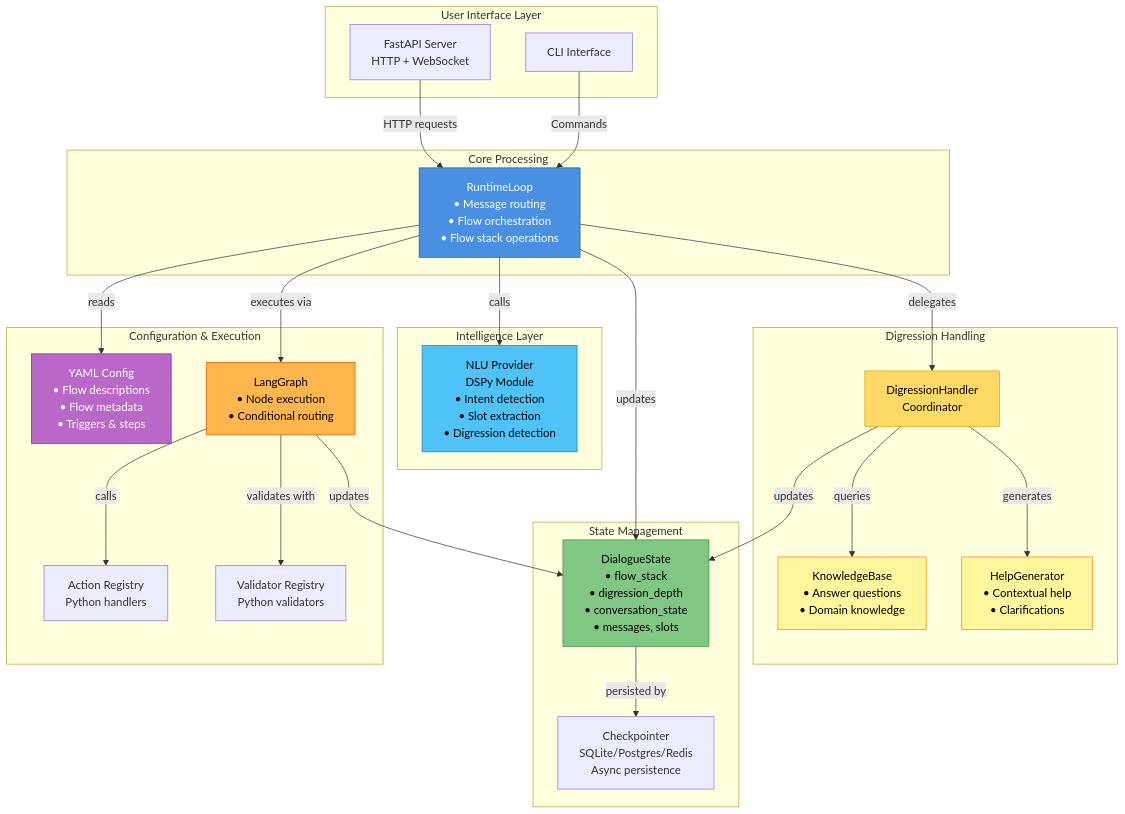
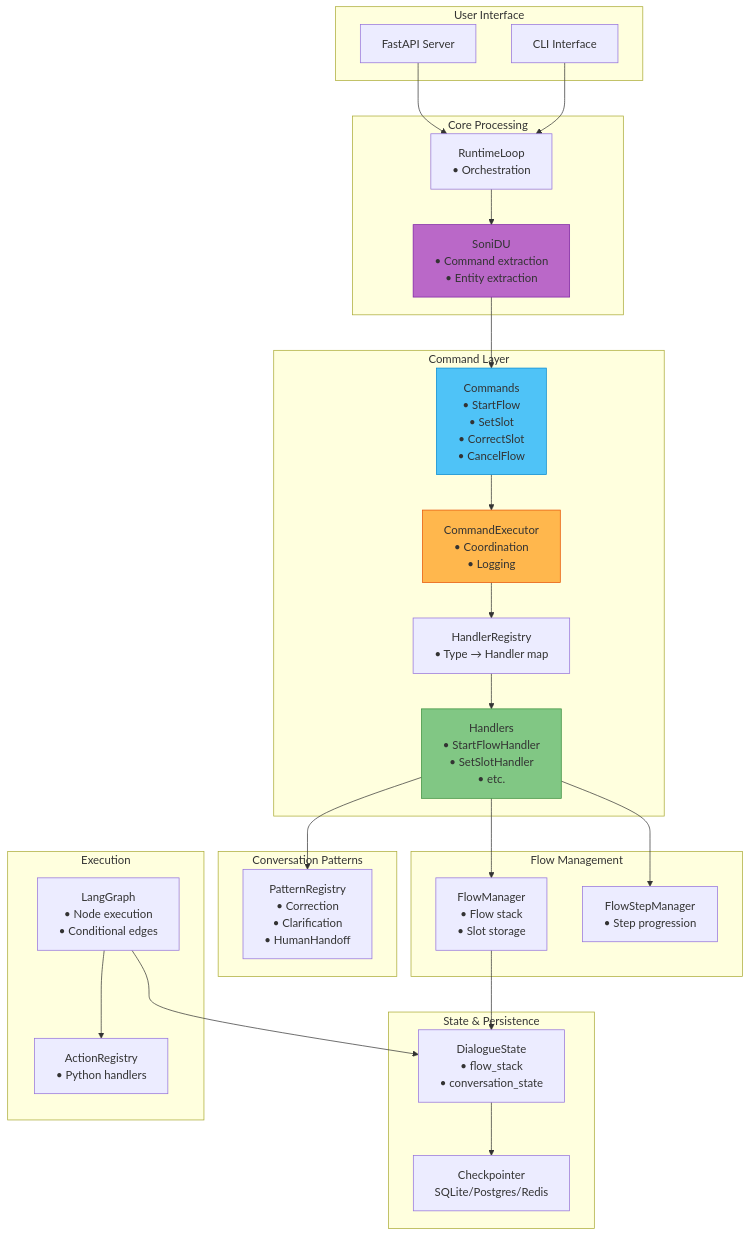
Before and after one commit to jmorenobl/soni: the diagram in docs/design/02-architecture.md, drawn with Mermaid. The commit also changed other lines of this file and 13 other files, not shown here.

First line of the commit message:
docs: update design documentation to v2.0 (command-driven architecture)

````diff
--- a/docs/design/02-architecture.md
+++ b/docs/design/02-architecture.md
@@ -207,61 +262,62 @@
 ```mermaid
 graph TB
-    subgraph "User Interface Layer"
-        FastAPI[FastAPI Server<br/>HTTP + WebSocket]
+    subgraph "User Interface"
+        FastAPI[FastAPI Server]
         CLI[CLI Interface]
     end
 
     subgraph "Core Processing"
-        Runtime[RuntimeLoop<br/>• Message routing<br/>• Flow orchestration<br/>• Flow stack operations]
+        Runtime[RuntimeLoop<br/>• Orchestration]
+        NLU[SoniDU<br/>• Command extraction<br/>• Entity extraction]
     end
 
-    subgraph "Digression Handling"
-        DigressionHandler[DigressionHandler<br/>Coordinator]
-        KB[KnowledgeBase<br/>• Answer questions<br/>• Domain knowledge]
-        HelpGen[HelpGenerator<br/>• Contextual help<br/>• Clarifications]
+    subgraph "Command Layer"
+        Commands[Commands<br/>• StartFlow<br/>• SetSlot<br/>• CorrectSlot<br/>• CancelFlow]
+        Handlers[Handlers<br/>• StartFlowHandler<br/>• SetSlotHandler<br/>• etc.]
+        Registry[HandlerRegistry<br/>• Type → Handler map]
+        Executor[CommandExecutor<br/>• Coordination<br/>• Logging]
     end
 
-    subgraph "Intelligence Layer"
-        NLU[NLU Provider<br/>DSPy Module<br/>• Intent detection<br/>• Slot extraction<br/>• Digression detection]
+    subgraph "Conversation Patterns"
+        Patterns[PatternRegistry<br/>• Correction<br/>• Clarification<br/>• HumanHandoff]
     end
 
-    subgraph "State Management"
-        State[DialogueState<br/>• flow_stack<br/>• digression_depth<br/>• conversation_state<br/>• messages, slots]
-        Checkpoint[Checkpointer<br/>SQLite/Postgres/Redis<br/>Async persistence]
+    subgraph "Flow Management"
+        FlowMgr[FlowManager<br/>• Flow stack<br/>• Slot storage]
+        StepMgr[FlowStepManager<br/>• Step progression]
     end
 
-    subgraph "Configuration & Execution"
-        YAML[YAML Config<br/>• Flow descriptions<br/>• Flow metadata<br/>• Triggers & steps]
-        Graph[LangGraph<br/>• Node execution<br/>• Conditional routing]
-        Actions[Action Registry<br/>Python handlers]
-        Validators[Validator Registry<br/>Python validators]
+    subgraph "State & Persistence"
+        State[DialogueState<br/>• flow_stack<br/>• conversation_state]
+        Checkpoint[Checkpointer<br/>SQLite/Postgres/Redis]
     end
 
-    FastAPI -->|HTTP requests| Runtime
-    CLI -->|Commands| Runtime
+    subgraph "Execution"
+        Graph[LangGraph<br/>• Node execution<br/>• Conditional edges]
+        Actions[ActionRegistry<br/>• Python handlers]
+    end
 
-    Runtime -->|delegates| DigressionHandler
-    Runtime -->|calls| NLU
-    Runtime -->|updates| State
-    Runtime -->|reads| YAML
-    Runtime -->|executes via| Graph
+    FastAPI --> Runtime
+    CLI --> Runtime
 
-    DigressionHandler -->|queries| KB
-    DigressionHandler -->|generates| HelpGen
-    DigressionHandler -->|updates| State
+    Runtime --> NLU
+    NLU --> Commands
+    Commands --> Executor
+    Executor --> Registry
+    Registry --> Handlers
 
-    State -->|persisted by| Checkpoint
+    Handlers --> FlowMgr
+    Handlers --> Patterns
+    Handlers --> StepMgr
 
-    Graph -->|calls| Actions
-    Graph -->|validates with| Validators
-    Graph -->|updates| State
+    FlowMgr --> State
+    State --> Checkpoint
 
-    style Runtime fill:#4a90e2,stroke:#2e5c8a,color:#ffffff
-    style DigressionHandler fill:#ffd966,stroke:#d4a500,color:#000000
-    style KB fill:#fff59d,stroke:#f57f17,color:#000000
-    style HelpGen fill:#fff59d,stroke:#f57f17,color:#000000
-    style State fill:#81c784,stroke:#388e3c,color:#000000
-    style NLU fill:#4fc3f7,stroke:#0288d1,color:#000000
-    style YAML fill:#ba68c8,stroke:#7b1fa2,color:#ffffff
-    style Graph fill:#ffb74d,stroke:#e65100,color:#000000
+    Graph --> Actions
+    Graph --> State
+
+    style Commands fill:#4fc3f7,stroke:#0288d1
+    style Handlers fill:#81c784,stroke:#388e3c
+    style Executor fill:#ffb74d,stroke:#e65100
+    style NLU fill:#ba68c8,stroke:#7b1fa2
 ```
````
